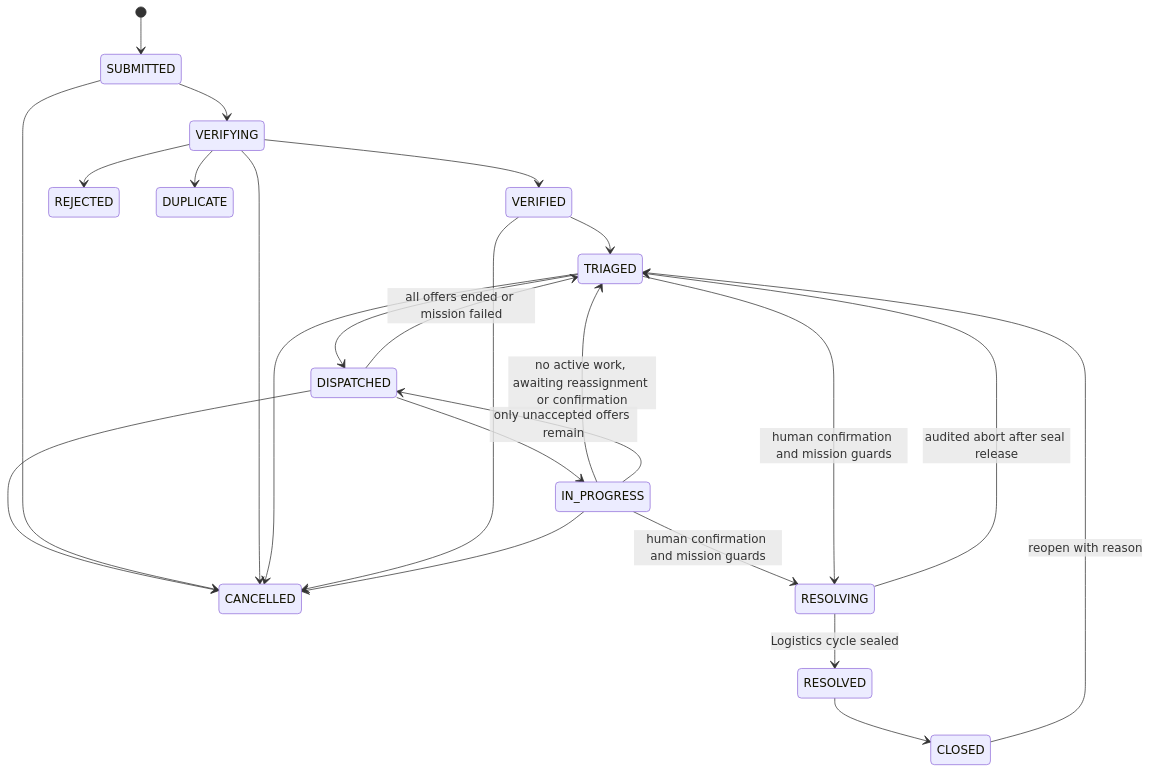
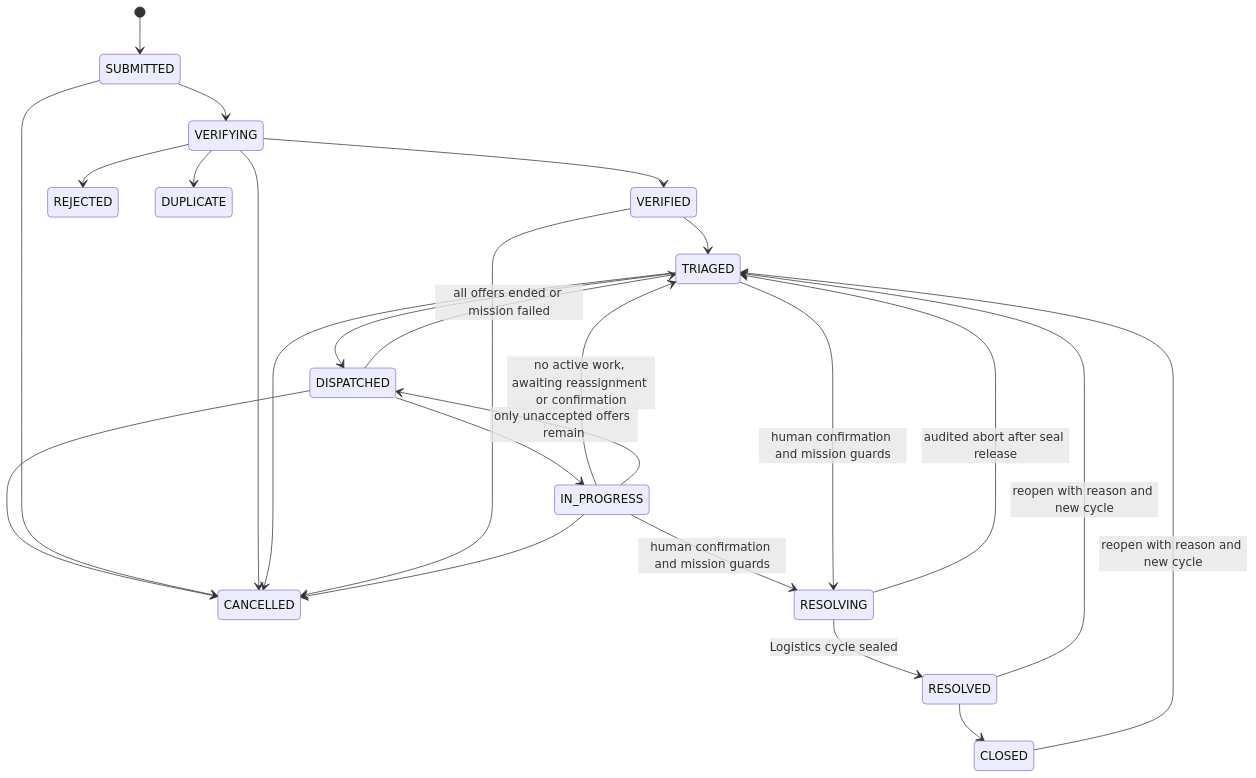
The sixth of 9 diagrams in docs/c48-technology-and-delivery-plan.md (sangvirgo/disaster-relief-management), drawn with Mermaid before and after one commit. The commit also changed other lines of this file and 13 other files, not shown here.

Commit message:
docs: revise C48 plan and review diagrams

````diff
--- a/docs/c48-technology-and-delivery-plan.md
+++ b/docs/c48-technology-and-delivery-plan.md
@@ -517,26 +943,27 @@
 ```mermaid
 stateDiagram-v2
   [*] --> SUBMITTED
   SUBMITTED --> VERIFYING
   VERIFYING --> VERIFIED
   VERIFYING --> REJECTED
   VERIFYING --> DUPLICATE
   VERIFIED --> TRIAGED
   TRIAGED --> DISPATCHED
   DISPATCHED --> TRIAGED: all offers ended or mission failed
   DISPATCHED --> IN_PROGRESS
   IN_PROGRESS --> TRIAGED: no active work, awaiting reassignment or confirmation
   IN_PROGRESS --> DISPATCHED: only unaccepted offers remain
   DISPATCHED --> CANCELLED
   IN_PROGRESS --> RESOLVING: human confirmation and mission guards
   TRIAGED --> RESOLVING: human confirmation and mission guards
   RESOLVING --> RESOLVED: Logistics cycle sealed
   RESOLVING --> TRIAGED: audited abort after seal release
   RESOLVED --> CLOSED
-  CLOSED --> TRIAGED: reopen with reason
+  RESOLVED --> TRIAGED: reopen with reason and new cycle
+  CLOSED --> TRIAGED: reopen with reason and new cycle
   SUBMITTED --> CANCELLED
   VERIFYING --> CANCELLED
   TRIAGED --> CANCELLED
   VERIFIED --> CANCELLED
   IN_PROGRESS --> CANCELLED
 ```
````
